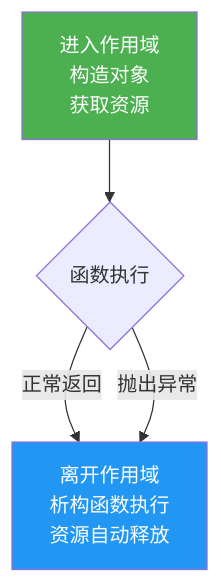
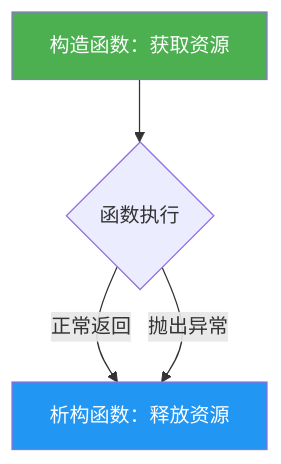
One commit to kok-s0s/job_ changed the first of 6 diagrams in cpp/memory_management.md. Above: the diagram before and after it, drawn with Mermaid. The commit also changed other lines of this file and 1 other file, not shown here.

Commit message:
fix: 修复 Mermaid 节点中文文字溢出问题，缩短节点标签

````diff
--- a/cpp/memory_management.md
+++ b/cpp/memory_management.md
@@ -9,8 +9,8 @@
 ```mermaid
 flowchart TD
-    A[进入作用域\n构造对象\n获取资源] --> B{函数执行}
-    B -->|正常返回| C[离开作用域\n析构函数执行\n资源自动释放]
+    A["构造函数：获取资源"] --> B{函数执行}
+    B -->|正常返回| C["析构函数：释放资源"]
     B -->|抛出异常| C
     style A fill:#4CAF50,color:#fff
     style C fill:#2196F3,color:#fff
 ```
````
